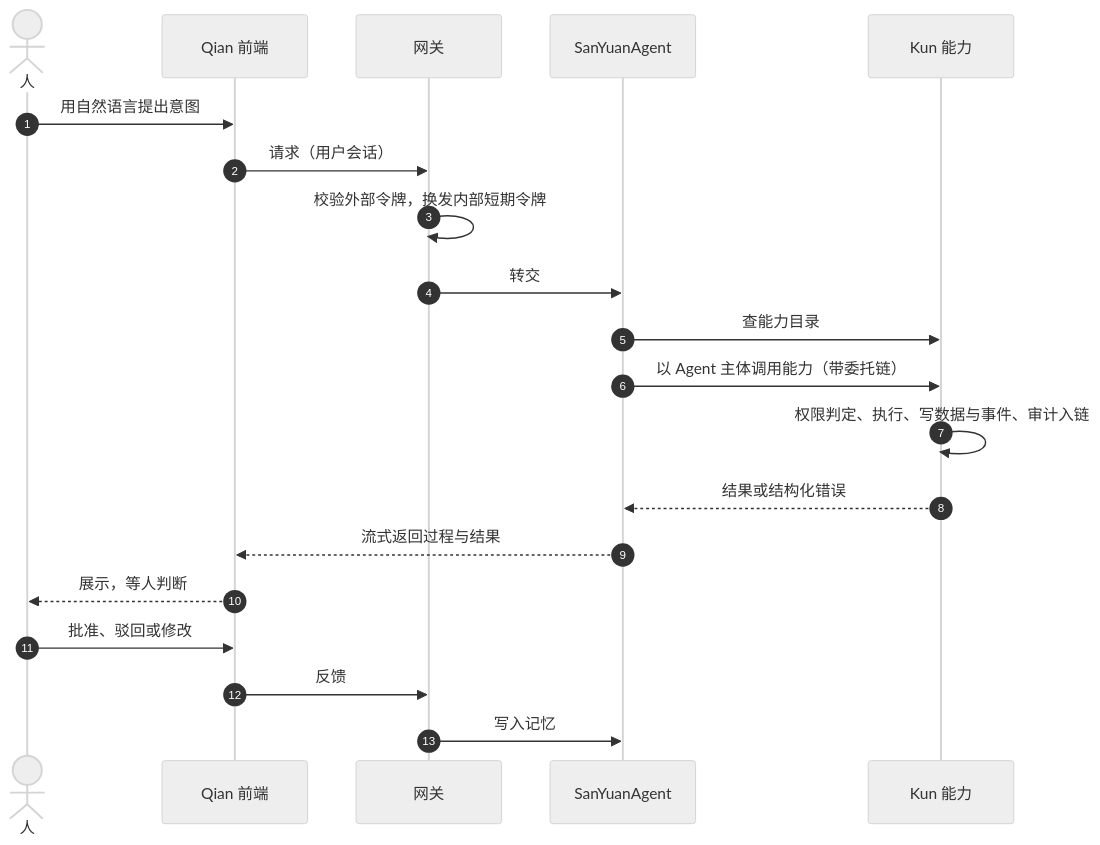
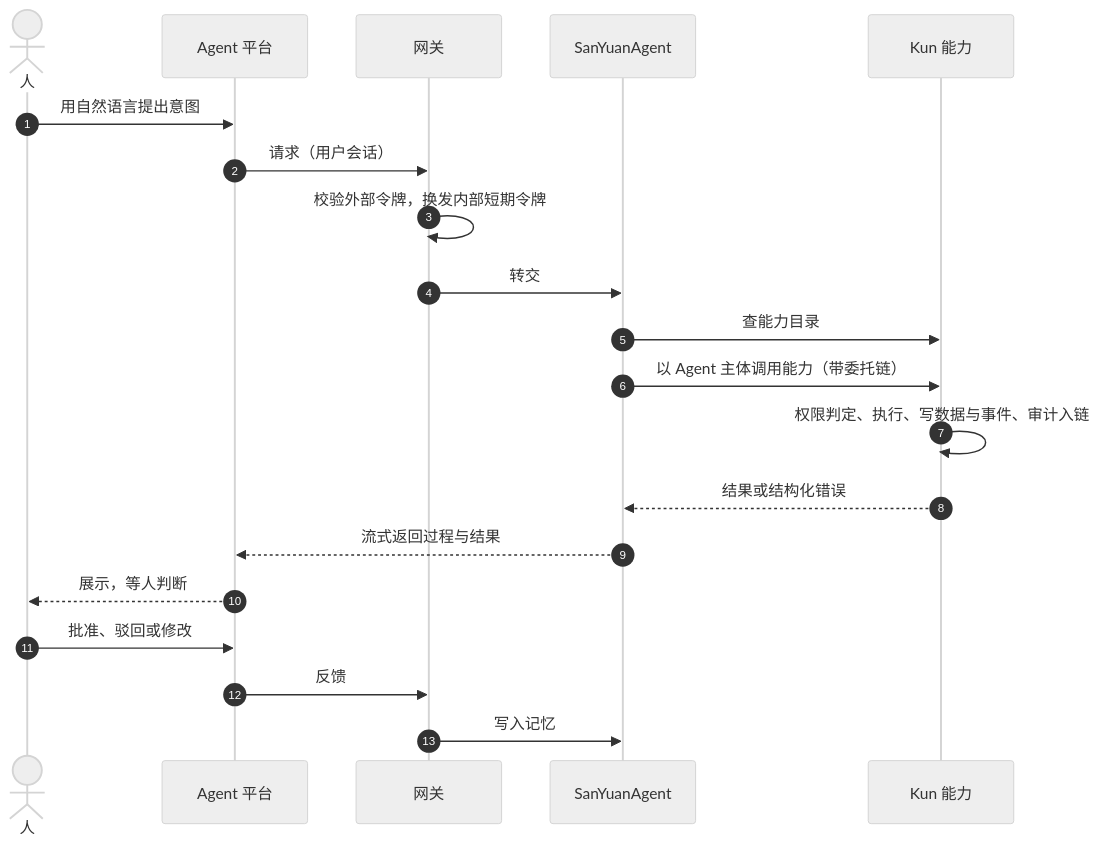
Before and after one commit to CavaiLAB/jiangxin: the second of 3 diagrams in docs/02-architecture.md, drawn with Mermaid (neutral theme). The commit also changed other lines of this file and 21 other files, not shown here.

````diff
--- a/docs/02-architecture.md
+++ b/docs/02-architecture.md
@@ -72,22 +88,22 @@
 ```mermaid
 sequenceDiagram
   autonumber
   actor P as 人
-  participant Q as Qian 前端
+  participant Q as Agent 平台
   participant G as 网关
   participant A as SanYuanAgent
   participant K as Kun 能力
   P->>Q: 用自然语言提出意图
   Q->>G: 请求（用户会话）
   G->>G: 校验外部令牌，换发内部短期令牌
   G->>A: 转交
   A->>K: 查能力目录
   A->>K: 以 Agent 主体调用能力（带委托链）
   K->>K: 权限判定、执行、写数据与事件、审计入链
   K-->>A: 结果或结构化错误
   A-->>Q: 流式返回过程与结果
   Q-->>P: 展示，等人判断
   P->>Q: 批准、驳回或修改
   Q->>G: 反馈
   G->>A: 写入记忆
 ```
````
